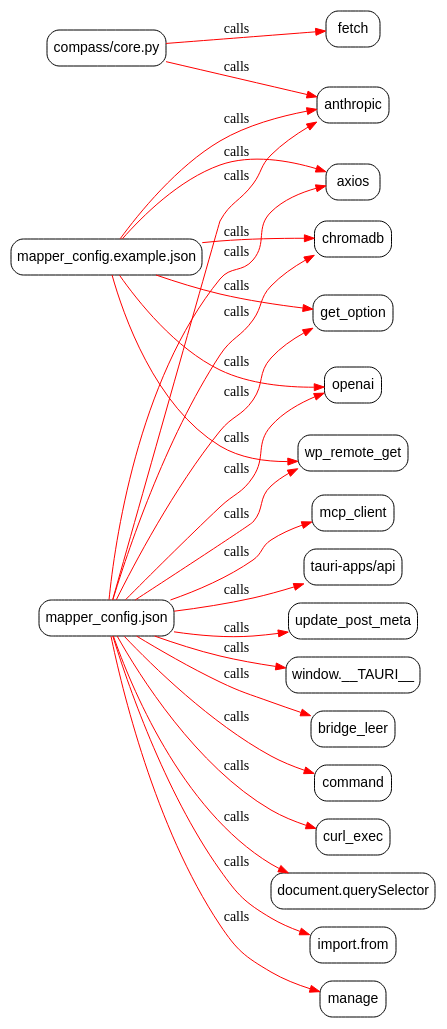
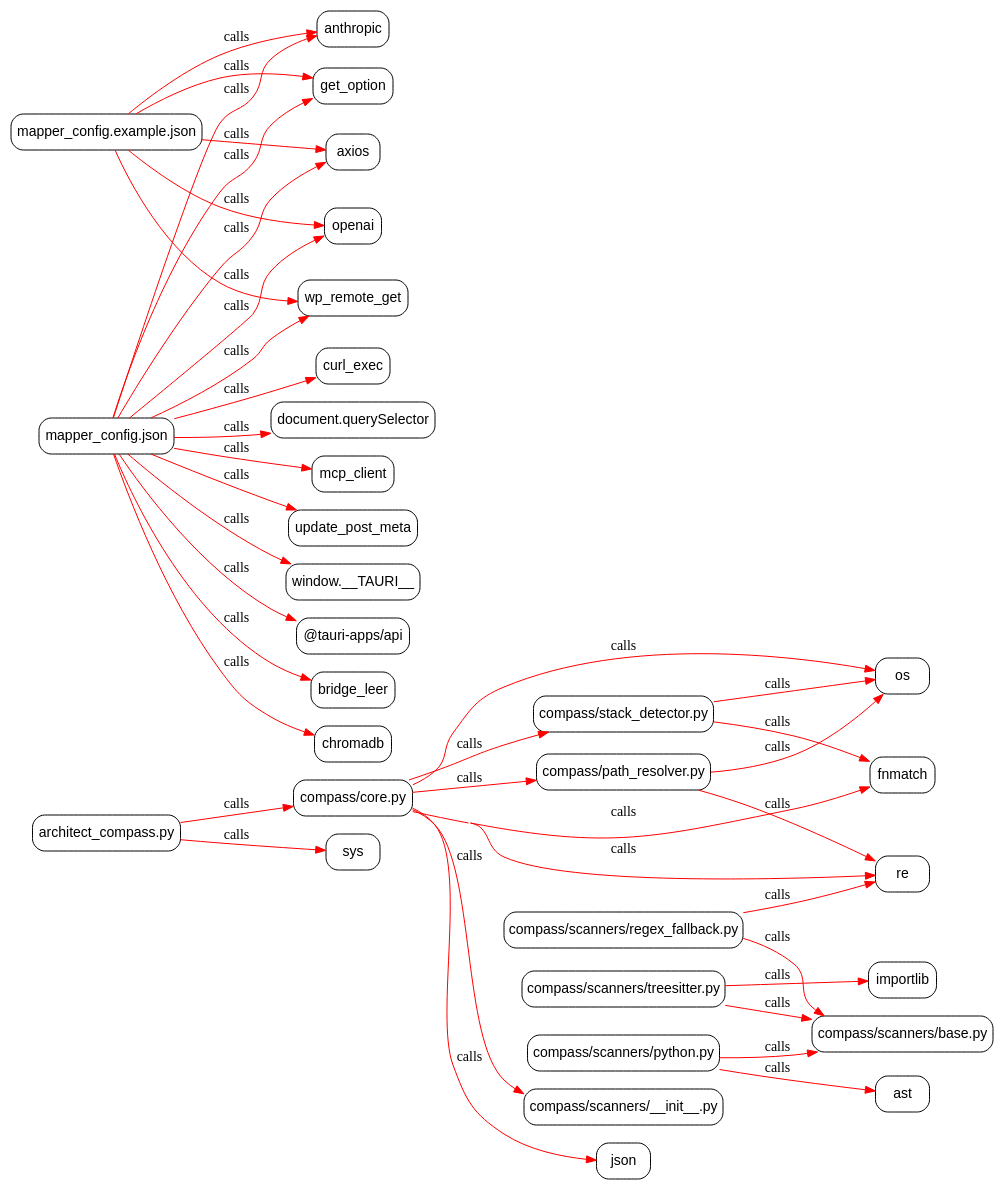
The diagram in .map/connectivity.dot (betovildoza/Architect_compass), drawn with Graphviz before and after one commit. The commit also changed 16 other files, not shown here.

```diff
--- a/.map/connectivity.dot
+++ b/.map/connectivity.dot
@@ -1,29 +1,42 @@
 digraph G {
     rankdir=LR;
     concentrate=true;
     node [shape=box, style=rounded, fontname="Arial"];
-    "compass/core.py" -> "anthropic" [label="calls", color="red"];
-    "compass/core.py" -> "fetch" [label="calls", color="red"];
+    "architect_compass.py" -> "compass/core.py" [label="calls", color="red"];
+    "architect_compass.py" -> "sys" [label="calls", color="red"];
+    "compass/core.py" -> "compass/path_resolver.py" [label="calls", color="red"];
+    "compass/core.py" -> "compass/scanners/__init__.py" [label="calls", color="red"];
+    "compass/core.py" -> "compass/stack_detector.py" [label="calls", color="red"];
+    "compass/core.py" -> "fnmatch" [label="calls", color="red"];
+    "compass/core.py" -> "json" [label="calls", color="red"];
+    "compass/core.py" -> "os" [label="calls", color="red"];
+    "compass/core.py" -> "re" [label="calls", color="red"];
+    "compass/path_resolver.py" -> "os" [label="calls", color="red"];
+    "compass/path_resolver.py" -> "re" [label="calls", color="red"];
+    "compass/scanners/python.py" -> "ast" [label="calls", color="red"];
+    "compass/scanners/python.py" -> "compass/scanners/base.py" [label="calls", color="red"];
+    "compass/scanners/regex_fallback.py" -> "compass/scanners/base.py" [label="calls", color="red"];
+    "compass/scanners/regex_fallback.py" -> "re" [label="calls", color="red"];
+    "compass/scanners/treesitter.py" -> "compass/scanners/base.py" [label="calls", color="red"];
+    "compass/scanners/treesitter.py" -> "importlib" [label="calls", color="red"];
+    "compass/stack_detector.py" -> "fnmatch" [label="calls", color="red"];
+    "compass/stack_detector.py" -> "os" [label="calls", color="red"];
     "mapper_config.example.json" -> "anthropic" [label="calls", color="red"];
     "mapper_config.example.json" -> "axios" [label="calls", color="red"];
-    "mapper_config.example.json" -> "chromadb" [label="calls", color="red"];
     "mapper_config.example.json" -> "get_option" [label="calls", color="red"];
     "mapper_config.example.json" -> "openai" [label="calls", color="red"];
     "mapper_config.example.json" -> "wp_remote_get" [label="calls", color="red"];
+    "mapper_config.json" -> "@tauri-apps/api" [label="calls", color="red"];
     "mapper_config.json" -> "anthropic" [label="calls", color="red"];
     "mapper_config.json" -> "axios" [label="calls", color="red"];
     "mapper_config.json" -> "bridge_leer" [label="calls", color="red"];
     "mapper_config.json" -> "chromadb" [label="calls", color="red"];
-    "mapper_config.json" -> "command" [label="calls", color="red"];
     "mapper_config.json" -> "curl_exec" [label="calls", color="red"];
     "mapper_config.json" -> "document.querySelector" [label="calls", color="red"];
     "mapper_config.json" -> "get_option" [label="calls", color="red"];
-    "mapper_config.json" -> "import.from" [label="calls", color="red"];
-    "mapper_config.json" -> "manage" [label="calls", color="red"];
     "mapper_config.json" -> "mcp_client" [label="calls", color="red"];
     "mapper_config.json" -> "openai" [label="calls", color="red"];
-    "mapper_config.json" -> "tauri-apps/api" [label="calls", color="red"];
     "mapper_config.json" -> "update_post_meta" [label="calls", color="red"];
     "mapper_config.json" -> "window.__TAURI__" [label="calls", color="red"];
     "mapper_config.json" -> "wp_remote_get" [label="calls", color="red"];
 }
```
